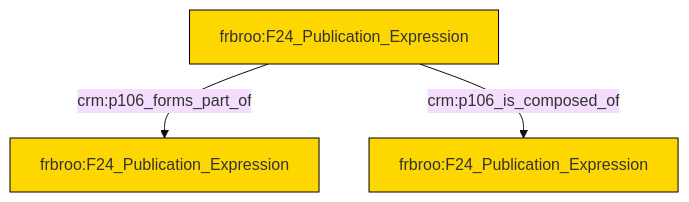
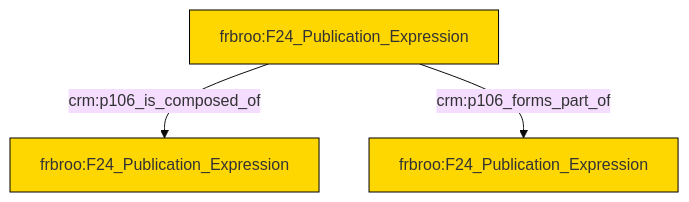
Before and after one commit to swiss-art-research-net/docs.swissartresearch: the diagram in et/biblioCSV/ttl/mmd/biblio_parthood.ttl.mmd, drawn with Mermaid (base theme). The commit also changed 131 other files, not shown here.

```diff
--- a/et/biblioCSV/ttl/mmd/biblio_parthood.ttl.mmd
+++ b/et/biblioCSV/ttl/mmd/biblio_parthood.ttl.mmd
@@ -1,17 +1,17 @@
 graph TD
 classDef Literal fill:#f2f2f2,stroke:#000000;
 classDef CRM_Entity fill:#FFFFFF,stroke:#000000;
 classDef Temporal_Entity fill:#00C9E6, stroke:#000000;
 classDef Type fill:#E18312, stroke:#000000;
 classDef Time-Span fill:#2C9C91, stroke:#000000;
 classDef Appellation fill:#FFEB7F, stroke:#000000;
 classDef Place fill:#008836, stroke:#000000;
 classDef Persistent_Item fill:#B266B2, stroke:#000000;
 classDef Conceptual_Object fill:#FFD700, stroke:#000000;
 classDef Physical_Thing fill:#D2B48C, stroke:#000000;
 classDef Actor fill:#f58aad, stroke:#000000;
 classDef PC_Classes fill:#4ce600, stroke:#000000;
 classDef Multi fill:#cccccc,stroke:#000000;
 
-0["frbroo:F24_Publication_Expression"]:::Conceptual_Object -->|crm:p106_forms_part_of| 2["frbroo:F24_Publication_Expression"]:::Conceptual_Object
-0["frbroo:F24_Publication_Expression"]:::Conceptual_Object -->|crm:p106_is_composed_of| 3["frbroo:F24_Publication_Expression"]:::Conceptual_Object
+2["frbroo:F24_Publication_Expression"]:::Conceptual_Object -->|crm:p106_is_composed_of| 4["frbroo:F24_Publication_Expression"]:::Conceptual_Object
+2["frbroo:F24_Publication_Expression"]:::Conceptual_Object -->|crm:p106_forms_part_of| 0["frbroo:F24_Publication_Expression"]:::Conceptual_Object
```
